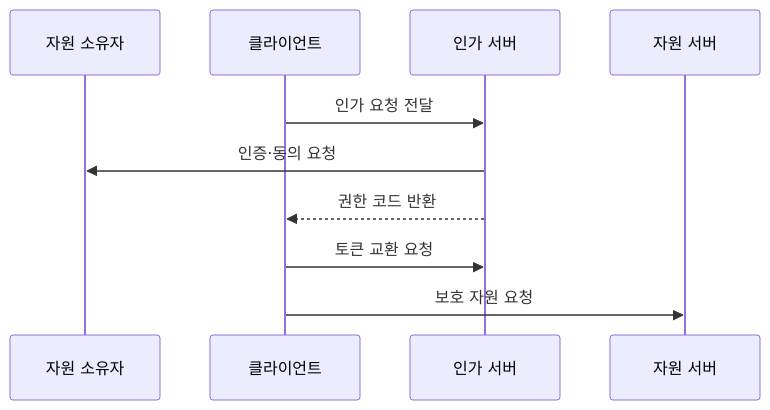
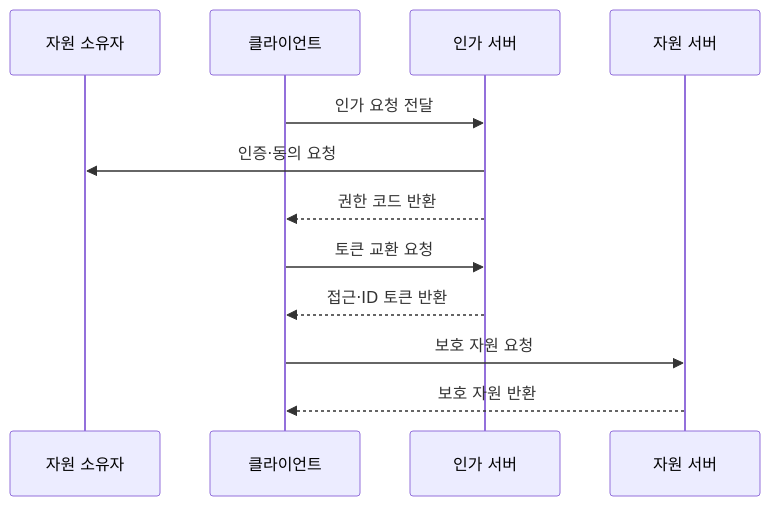
Before and after one commit to agnusdei1207/knowledge-base: the second of 2 diagrams in src/content/docs/notes/05-security/057_oauth_oidc.md, drawn with Mermaid. The commit also changed other lines of this file and 31 other files, not shown here.

````diff
--- a/src/content/docs/notes/05-security/057_oauth_oidc.md
+++ b/src/content/docs/notes/05-security/057_oauth_oidc.md
@@ -87,12 +84,14 @@
 ```mermaid
 sequenceDiagram
     participant U as 자원 소유자
     participant C as 클라이언트
     participant A as 인가 서버
     participant R as 자원 서버
     C->>A: 인가 요청 전달
     A->>U: 인증·동의 요청
     A-->>C: 권한 코드 반환
     C->>A: 토큰 교환 요청
+    A-->>C: 접근·ID 토큰 반환
     C->>R: 보호 자원 요청
+    R-->>C: 보호 자원 반환
 ```
````
